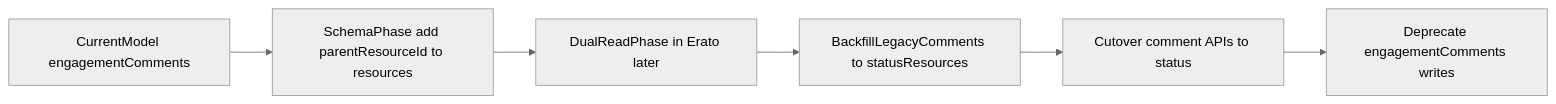
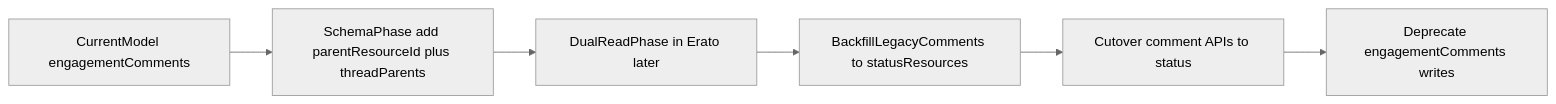
Before and after one commit to vesta-cx/vesta: the diagram in .cursor/plans/03-comments-model-status-threads_3b24f30d.plan.md, drawn with Mermaid (neutral theme). The commit also changed other lines of this file and 1 other file, not shown here.

Commit message:
chore(plans): update drizzle and comments plan status

````diff
--- a/.cursor/plans/03-comments-model-status-threads_3b24f30d.plan.md
+++ b/.cursor/plans/03-comments-model-status-threads_3b24f30d.plan.md
@@ -84,8 +92,8 @@
 ```mermaid
 flowchart LR
-  currentModel[CurrentModel engagementComments] --> schemaPhase[SchemaPhase add parentResourceId to resources]
+  currentModel[CurrentModel engagementComments] --> schemaPhase[SchemaPhase add parentResourceId plus threadParents]
   schemaPhase --> dualRead[DualReadPhase in Erato later]
   dualRead --> backfill[BackfillLegacyComments to statusResources]
   backfill --> cutover[Cutover comment APIs to status]
   cutover --> deprecate[Deprecate engagementComments writes]
 ```
````
